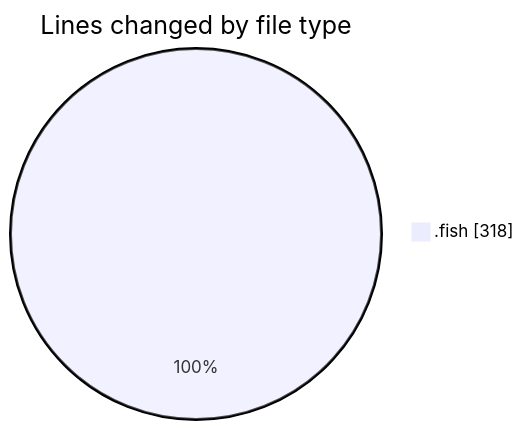
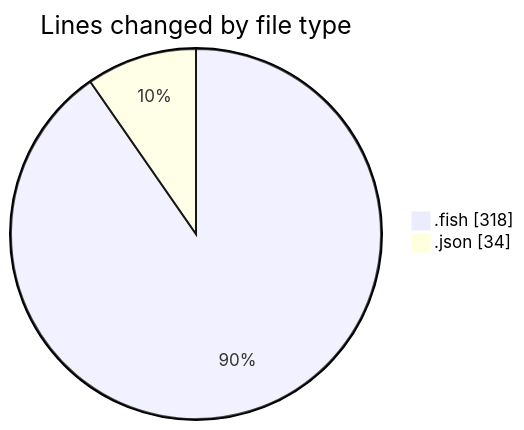
The first of 2 diagrams in 2025-08-10/fish/README.md (EIIisD/code-tracking), drawn with Mermaid before and after one commit. The commit also changed other lines of this file and 1 other file, not shown here.

````diff
--- a/2025-08-10/fish/README.md
+++ b/2025-08-10/fish/README.md
@@ -21,5 +22,6 @@
 ```mermaid
 pie showData
 title Lines changed by file type
 ".fish" : 318
+".json" : 34
 ```
````
